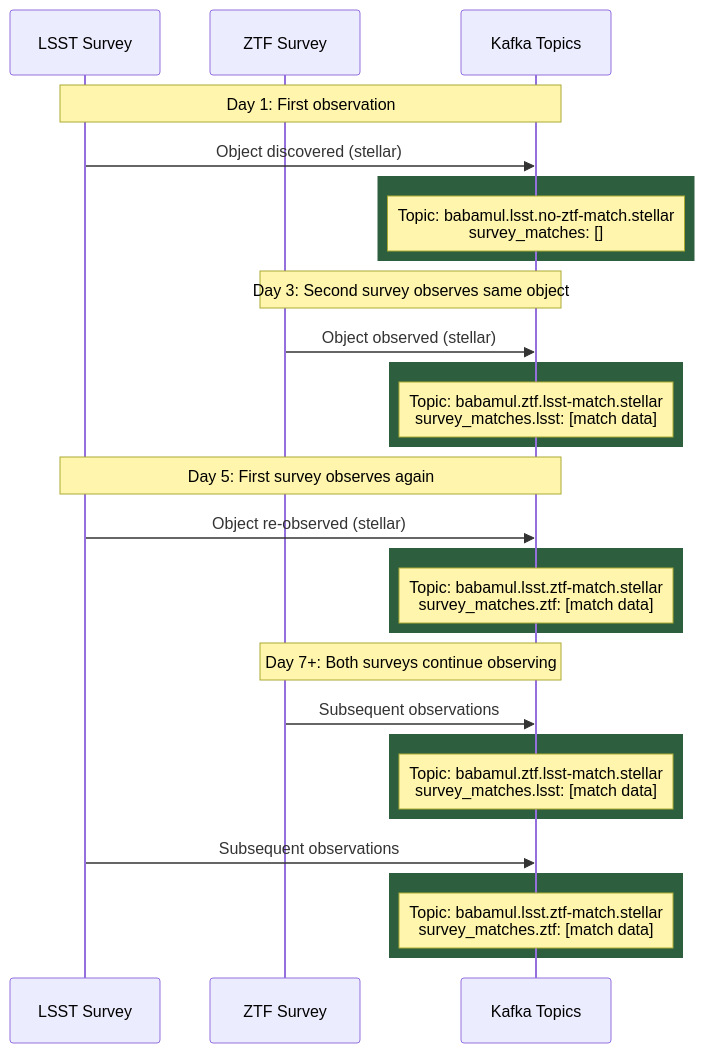
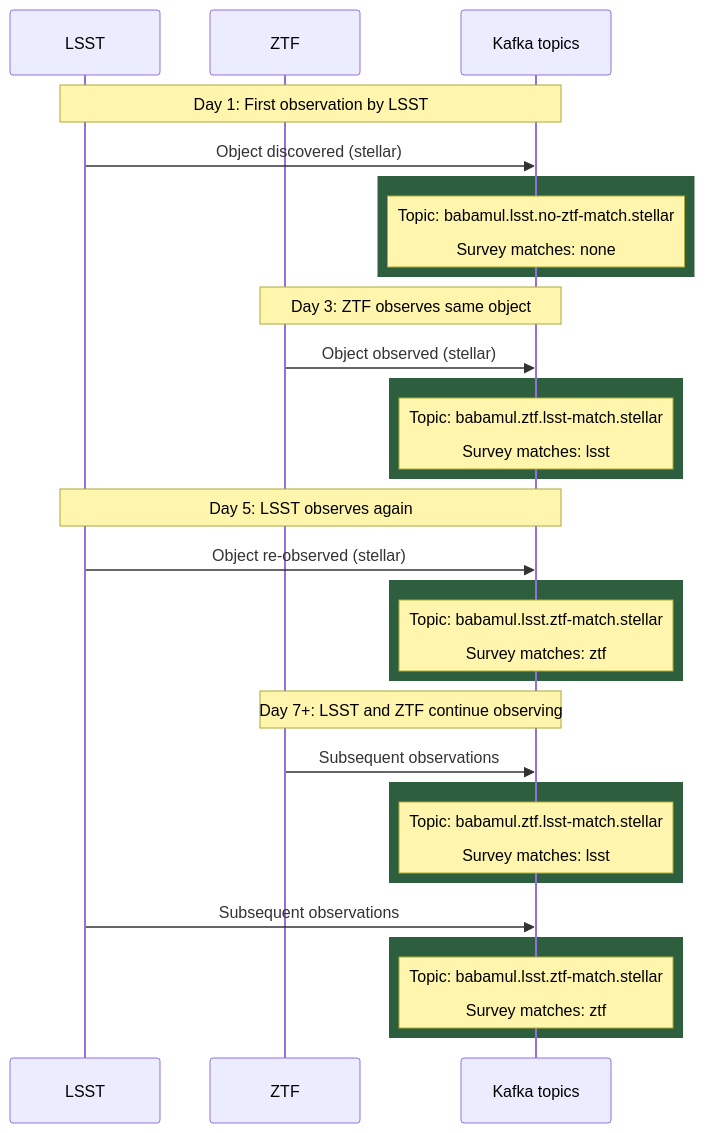
The first of 2 diagrams in docs/babamul.md (boom-astro/boom), drawn with Mermaid before and after one commit.

````diff
--- a/docs/babamul.md
+++ b/docs/babamul.md
@@ -89,34 +89,34 @@
 ```mermaid
 sequenceDiagram
-    participant LSST as LSST Survey
-    participant ZTF as ZTF Survey
-    participant Stream as Kafka Topics
+    participant LSST as LSST
+    participant ZTF as ZTF
+    participant Stream as Kafka topics
 
-    Note over LSST,Stream: Day 1: First observation
+    Note over LSST,Stream: Day 1: First observation by LSST
     LSST->>Stream: Object discovered (stellar)
     rect rgb(45, 95, 63)
-    Note over Stream: Topic: babamul.lsst.no-ztf-match.stellar<br/>survey_matches: []
+    Note over Stream: Topic: babamul.lsst.no-ztf-match.stellar<br/><br/>Survey matches: none
     end
 
-    Note over ZTF,Stream: Day 3: Second survey observes same object
+    Note over ZTF,Stream: Day 3: ZTF observes same object
     ZTF->>Stream: Object observed (stellar)
     rect rgb(45, 95, 63)
-    Note over Stream: Topic: babamul.ztf.lsst-match.stellar<br/>survey_matches.lsst: [match data]
+    Note over Stream: Topic: babamul.ztf.lsst-match.stellar<br/><br/>Survey matches: lsst
     end
 
-    Note over LSST,Stream: Day 5: First survey observes again
+    Note over LSST,Stream: Day 5: LSST observes again
     LSST->>Stream: Object re-observed (stellar)
     rect rgb(45, 95, 63)
-    Note over Stream: Topic: babamul.lsst.ztf-match.stellar<br/>survey_matches.ztf: [match data]
+    Note over Stream: Topic: babamul.lsst.ztf-match.stellar<br/><br/>Survey matches: ztf
     end
 
-    Note over ZTF,Stream: Day 7+: Both surveys continue observing
+    Note over ZTF,Stream: Day 7+: LSST and ZTF continue observing
     ZTF->>Stream: Subsequent observations
     rect rgb(45, 95, 63)
-    Note over Stream: Topic: babamul.ztf.lsst-match.stellar<br/>survey_matches.lsst: [match data]
+    Note over Stream: Topic: babamul.ztf.lsst-match.stellar<br/><br/>Survey matches: lsst
     end
     LSST->>Stream: Subsequent observations
     rect rgb(45, 95, 63)
-    Note over Stream: Topic: babamul.lsst.ztf-match.stellar<br/>survey_matches.ztf: [match data]
+    Note over Stream: Topic: babamul.lsst.ztf-match.stellar<br/><br/>Survey matches: ztf
     end
 ```
````
